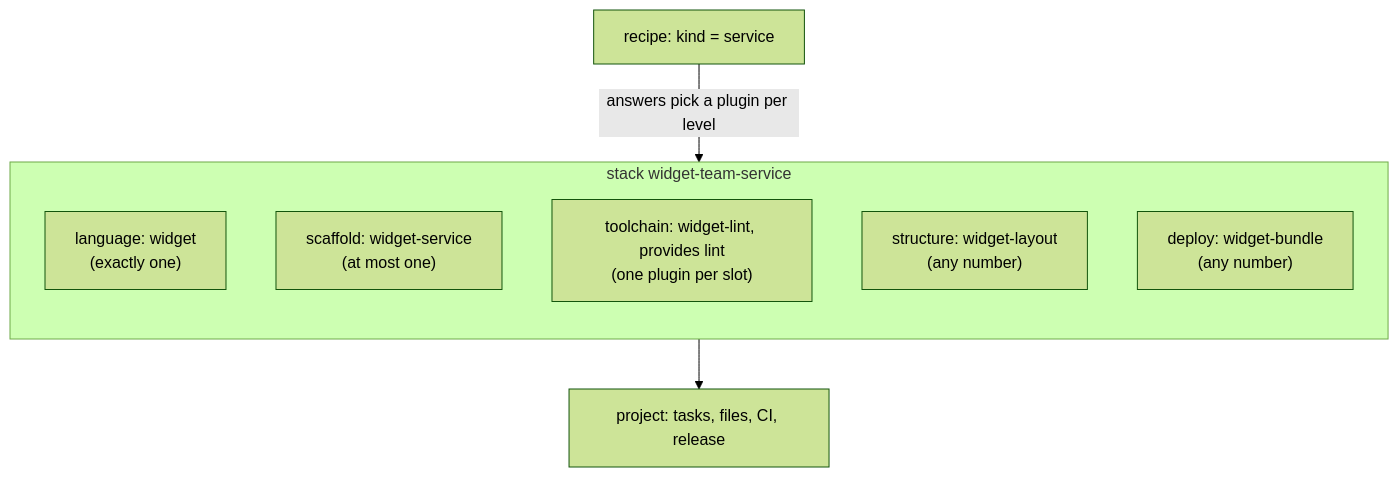
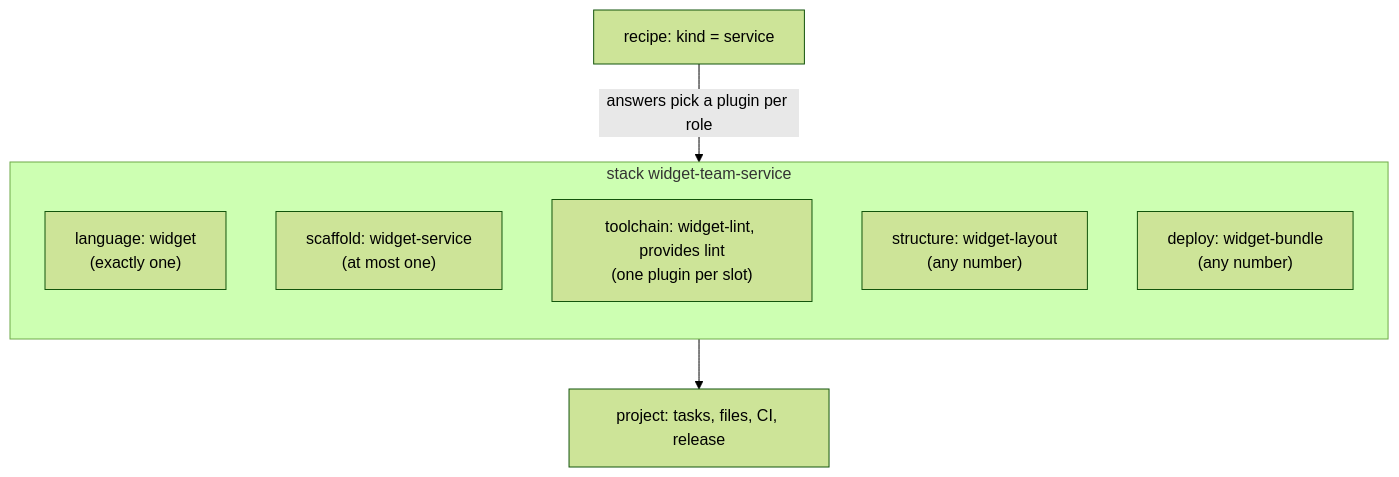
One commit to monosmith-app/monosmith changed the second of 2 diagrams in docs/plugins/using/what-is-a-plugin.md. Above: the diagram before and after it, drawn with Mermaid (forest theme). The commit also changed other lines of this file and 24 other files, not shown here.

First line of the commit message:
refactor(docs): one word for the part a plugin plays, role instead of level

````diff
--- a/docs/plugins/using/what-is-a-plugin.md
+++ b/docs/plugins/using/what-is-a-plugin.md
@@ -153,13 +153,13 @@
 ```mermaid
 flowchart TB
-  recipe["recipe: kind = service"] -->|"answers pick a plugin per level"| stack
+  recipe["recipe: kind = service"] -->|"answers pick a plugin per role"| stack
   subgraph stack["stack widget-team-service"]
     direction TB
     L["language: widget<br/>(exactly one)"]
     SC["scaffold: widget-service<br/>(at most one)"]
     T["toolchain: widget-lint, provides lint<br/>(one plugin per slot)"]
     ST["structure: widget-layout<br/>(any number)"]
     D["deploy: widget-bundle<br/>(any number)"]
   end
   stack --> project["project: tasks, files, CI, release"]
 ```
````
